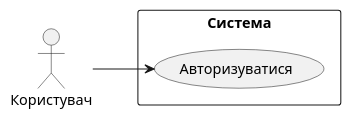
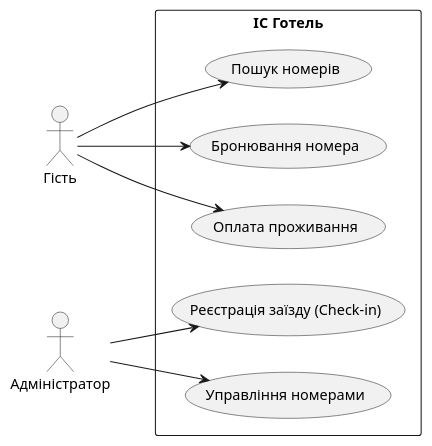
Before and after one commit to DimonMarmon/Practice11: the diagram in docs/03-uml/use-case.puml, drawn with PlantUML.

Commit message:
docs: add use case diagram for guest and admin actors

```diff
--- a/docs/03-uml/use-case.puml
+++ b/docs/03-uml/use-case.puml
@@ -1,8 +1,19 @@
 @startuml
 left to right direction
-actor "Користувач" as User
-rectangle "Система" {
-  usecase "Авторизуватися" as UC1
+actor "Гість" as Guest
+actor "Адміністратор" as Admin
+
+rectangle "ІС Готель" {
+  usecase "Пошук номерів" as UC1
+  usecase "Бронювання номера" as UC2
+  usecase "Оплата проживання" as UC3
+  usecase "Реєстрація заїзду (Check-in)" as UC4
+  usecase "Управління номерами" as UC5
 }
-User --> UC1
+
+Guest --> UC1
+Guest --> UC2
+Guest --> UC3
+Admin --> UC4
+Admin --> UC5
 @enduml
```
